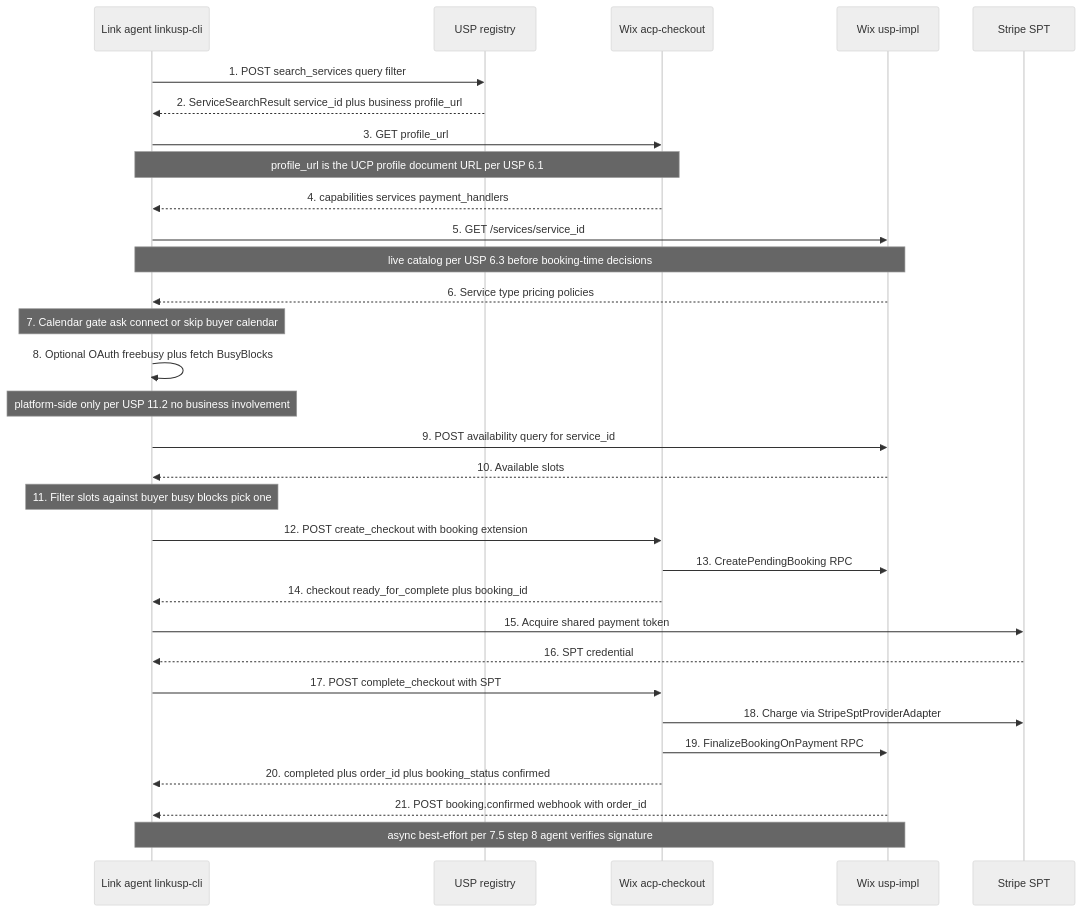
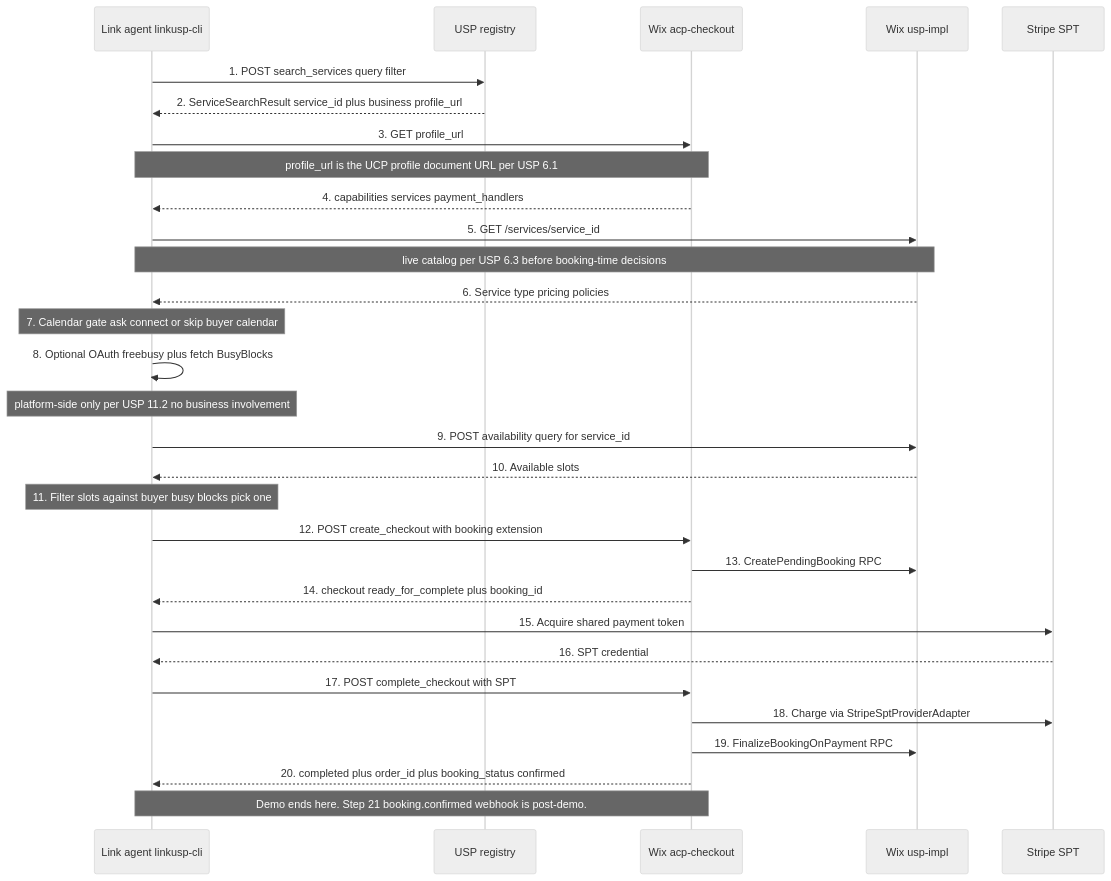
One commit to wix/universal-scheduling-protocol changed the first of 3 diagrams in plans/USP+UCP_implementation_plan.md. Above: the diagram before and after it, drawn with Mermaid (neutral theme). The commit also changed other lines of this file and 1 other file, not shown here.

````diff
--- a/plans/USP+UCP_implementation_plan.md
+++ b/plans/USP+UCP_implementation_plan.md
@@ -94,34 +93,33 @@
 ```mermaid
 sequenceDiagram
   participant Agent as Link agent linkusp-cli
   participant Registry as USP registry
   participant UCP as Wix acp-checkout
   participant USP as Wix usp-impl
   participant Stripe as Stripe SPT
 
   Agent->>Registry: 1. POST search_services query filter
   Registry-->>Agent: 2. ServiceSearchResult service_id plus business profile_url
   Agent->>UCP: 3. GET profile_url
   Note over Agent,UCP: profile_url is the UCP profile document URL per USP 6.1
   UCP-->>Agent: 4. capabilities services payment_handlers
   Agent->>USP: 5. GET /services/service_id
   Note over Agent,USP: live catalog per USP 6.3 before booking-time decisions
   USP-->>Agent: 6. Service type pricing policies
   Note over Agent: 7. Calendar gate ask connect or skip buyer calendar
   Agent->>Agent: 8. Optional OAuth freebusy plus fetch BusyBlocks
   Note over Agent: platform-side only per USP 11.2 no business involvement
   Agent->>USP: 9. POST availability query for service_id
   USP-->>Agent: 10. Available slots
   Note over Agent: 11. Filter slots against buyer busy blocks pick one
   Agent->>UCP: 12. POST create_checkout with booking extension
   UCP->>USP: 13. CreatePendingBooking RPC
   UCP-->>Agent: 14. checkout ready_for_complete plus booking_id
   Agent->>Stripe: 15. Acquire shared payment token
   Stripe-->>Agent: 16. SPT credential
   Agent->>UCP: 17. POST complete_checkout with SPT
   UCP->>Stripe: 18. Charge via StripeSptProviderAdapter
   UCP->>USP: 19. FinalizeBookingOnPayment RPC
   UCP-->>Agent: 20. completed plus order_id plus booking_status confirmed
-  USP-->>Agent: 21. POST booking.confirmed webhook with order_id
-  Note over Agent,USP: async best-effort per 7.5 step 8 agent verifies signature
+  Note over Agent,UCP: Demo ends here. Step 21 booking.confirmed webhook is post-demo.
 ```
````
